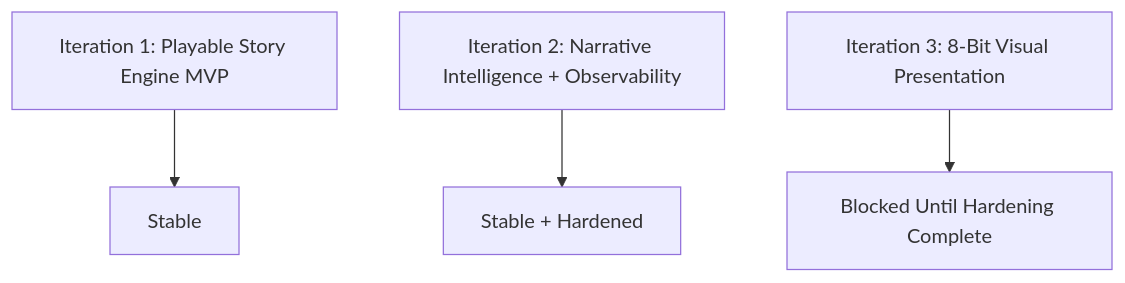
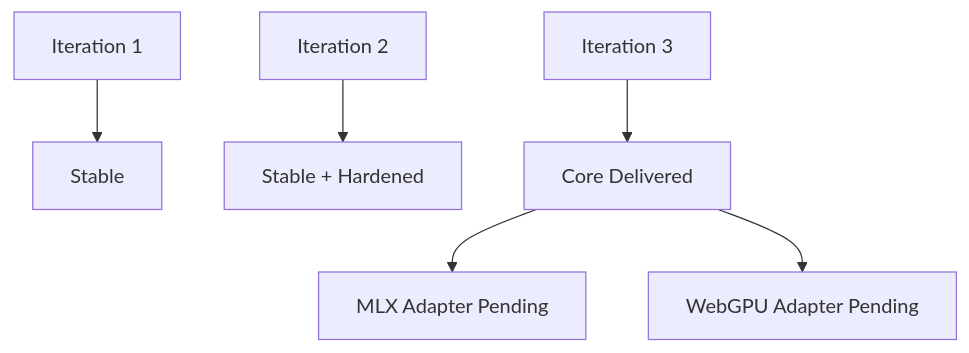
The second of 2 diagrams in README.md (aamir-nus/lumina-quest), drawn with Mermaid before and after one commit. The commit also changed other lines of this file and 6 other files, not shown here.

````diff
--- a/README.md
+++ b/README.md
@@ -20,6 +19,8 @@
 ```mermaid
 flowchart TD
-  I1["Iteration 1: Playable Story Engine MVP"] --> S1["Stable"]
-  I2["Iteration 2: Narrative Intelligence + Observability"] --> S2["Stable + Hardened"]
-  I3["Iteration 3: 8-Bit Visual Presentation"] --> S3["Blocked Until Hardening Complete"]
+  I1["Iteration 1"] --> S1["Stable"]
+  I2["Iteration 2"] --> S2["Stable + Hardened"]
+  I3["Iteration 3"] --> S3["Core Delivered"]
+  S3 --> N1["MLX Adapter Pending"]
+  S3 --> N2["WebGPU Adapter Pending"]
 ```
````
